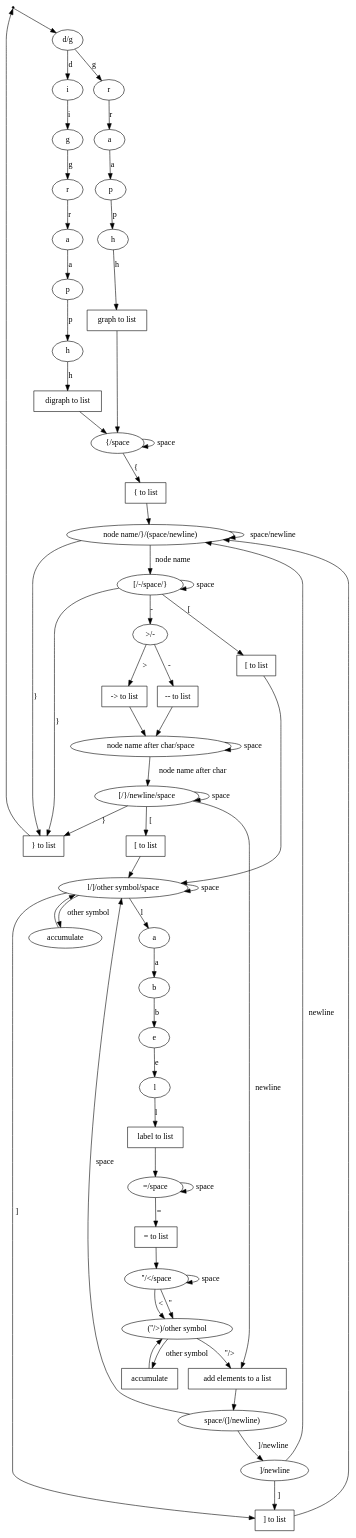
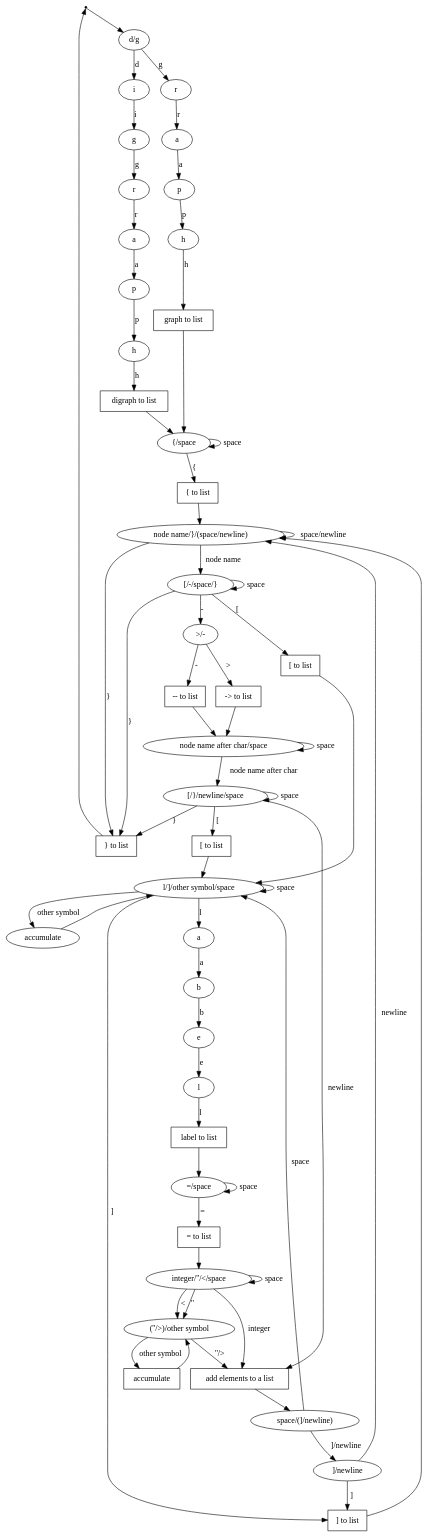
One commit to AshFungor/graph-serializer changed the diagram in data/proposal/symbols.gv. Above: the diagram before and after it, drawn with Graphviz. The commit also changed 5 other files, not shown here.

Commit message:
fix graph and lexer

```diff
--- a/data/proposal/symbols.gv
+++ b/data/proposal/symbols.gv
@@ -1,121 +1,121 @@
 digraph {
 	start[shape="point"]
 
 	initial[shape="ellipse" label="d/g"]
 	start->initial
 
 	list [shape="box" label="add elements to a list"]
 
 	digraph_i [shape="ellipse" label="i"]
 	initial->digraph_i [label="d"]
 	digraph_g [shape="ellipse" label="g"]	
 	digraph_i->digraph_g [label="i"]
 	digraph_r [shape="ellipse" label="r"]
 	digraph_g->digraph_r [label="g"]
 	digraph_a [shape="ellipse" label="a"]
 	digraph_r->digraph_a [label="r"]
 	digraph_p [shape="ellipse" label="p"]
 	digraph_a->digraph_p [label="a"]
 	digraph_h [shape="ellipse" label="h"]
 	digraph_p->digraph_h [label="p"]
 	digraph_list [shape="box" label="digraph to list"]
 	digraph_h->digraph_list [label="h"]
 
 	graph_r [shape="ellipse" label="r"]
 	initial->graph_r [label="g"]
 	graph_a [shape="ellipse" label="a"]
 	graph_r->graph_a [label="r"]
 	graph_p [shape="ellipse" label="p"]
 	graph_a->graph_p [label="a"]
 	graph_h [shape="ellipse" label="h"]
 	graph_p->graph_h [label="p"]
 	graph_list [shape="box" label="graph to list"]
 	graph_h->graph_list [label="h"]
 	
 	open_g [shape="ellipse" label="{/space"]
 	open_g->open_g [label="space"]
 	digraph_list->open_g  
 	graph_list->open_g 
 	open_g_list [shape="box" label="{ to list"]
 	open_g->open_g_list [label="{"]
 	
 	node_name [shape="ellipse" label="node name/}/(space/newline)"]
 	node_name->node_name [label="space/newline"]
 	open_g_list->node_name  
 	choice_char [shape="ellipse" label="[/-/space/}"]
 	choice_char->choice_char [label="space"]
 	choice_char_list [shape="box" label="[ to list"]
 	choice_char->choice_char_list [label="["]
 	choice_char->end [label="}"]
 	node_name->choice_char [label="node name"]
 
 	transition [shape="ellipse" label=" >/- "]
 	transition_list1 [shape="box" label="-- to list"]
 	transition_list2 [shape="box" label="-> to list"]
 	transition->transition_list1 [label="-"]
 	transition->transition_list2 [label=">"]
 	choice_char->transition [label="-"]
 	end [shape="box" label="} to list"]
 	node_name->end [label="}"]	
 	
 	node_name2 [shape="ellipse" label="node name after char/space"]
 	node_name2->node_name2 [label="space"]
 	param_node [shape="ellipse" label="[/}/newline/space"]
 	param_node->param_node [label="space"]
 	param_node->end [label="}"]
 	transition_list1->node_name2 
 	transition_list2->node_name2 
 	node_name2->param_node [label="node name after char"]
 	param_node_list [shape="box" label="[ to list"]
 	param_node->param_node_list [label=" [ "]
 	param_node->list [label=" newline "]
 	param_node_list->attr
 	
 	attr [shape="ellipse" label="l/]/other symbol/space"]
 	close_square_list [shape = "box" label = "] to list"] 
 	attr->close_square_list [label = " ] "]
 	close_square_list->node_name
 	attr->attr [label="space"]
 	choice_char_list->attr 
 
 	list_choice [shape="ellipse" label=" space/(]/newline) "]
 	list_choice_second [shape="ellipse" label=" ]/newline "]
 	list->list_choice
 	list_choice->attr [label=" space "]
 	list_choice->list_choice_second [label=" ]/newline "]
 	list_choice_second->node_name [label=" newline " ]
 	list_choice_second->close_square_list [label=" ] "]
 
-
 	attr_label_a [shape="ellipse" label="a"]
 	attr->attr_label_a [label="l"]
 	attr_label_b [shape="ellipse" label="b"]
 	attr_label_a->attr_label_b [label="a"]
 	attr_label_e [shape="ellipse" label="e"]
 	attr_label_b->attr_label_e [label="b"]
 	attr_label_l [shape="ellipse" label="l"]
 	attr_label_e->attr_label_l [label="e"]
 	attr_label_list1 [shape="box" label="label to list"]
 	attr_label_l->attr_label_list1 [label="l"]
 	attr_label_equals [shape="ellipse" label="=/space"]
 	attr_label_equals->attr_label_equals [label="space"]
 	attr_label_list1->attr_label_equals 
 	attr_label_equals_list [shape="box" label="= to list"]
 	attr_label_equals->attr_label_equals_list [label="="]
-	attr_label_open [shape="ellipse" label="''/</space"]
+	attr_label_open [shape="ellipse" label="integer/''/</space"]
 	attr_label_open->attr_label_open [label="space"]
 	attr_label_equals_list->attr_label_open 
 	attr_label_value [shape="ellipse" label="(''/>)/other symbol"]
+	attr_label_open->list [label="integer"]
 	attr_label_open->attr_label_value [label="<"]
 	attr_label_open->attr_label_value [label="''"]
 	attr_label_list [shape="box" label="accumulate"]
 	attr_label_value->attr_label_list [label="other symbol"]
 	attr_label_list->attr_label_value 
 	attr_label_value->list [label="''/>"]
 
 	arrt_list [shape="ellipse" label="accumulate"]
 	attr->arrt_list [label="other symbol"]
 	arrt_list->attr
 
 	end->start
 }
```
